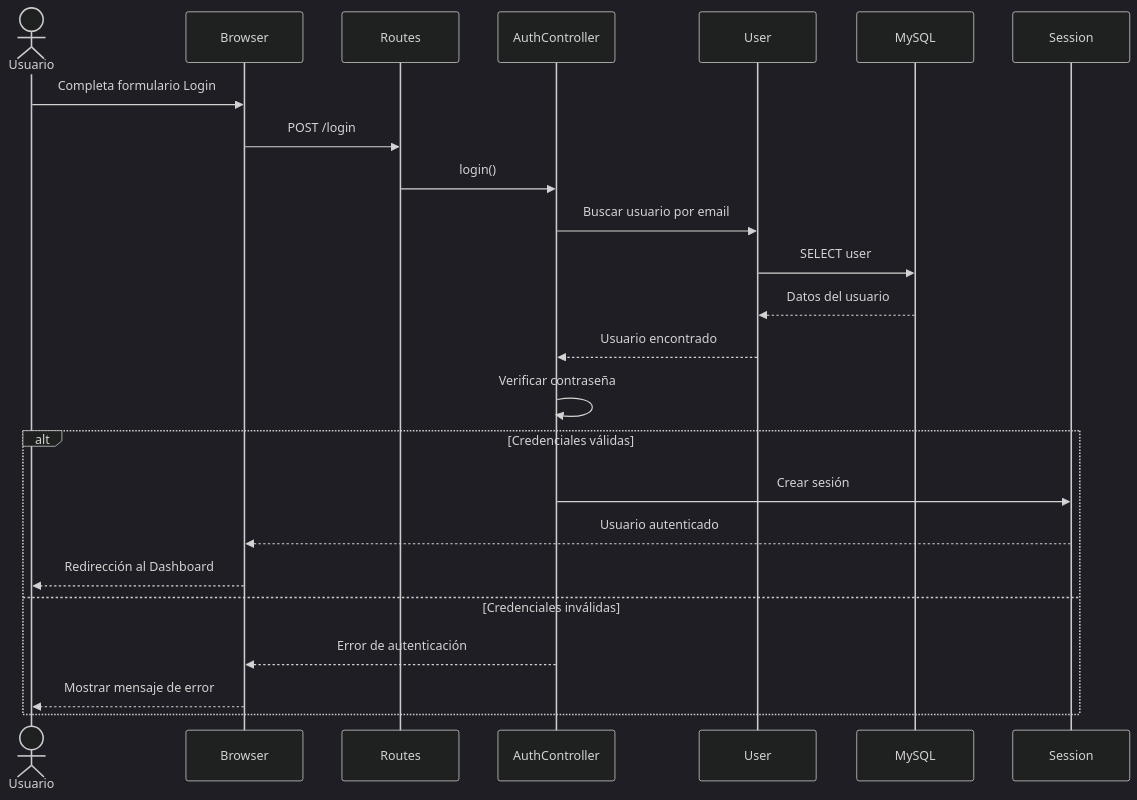
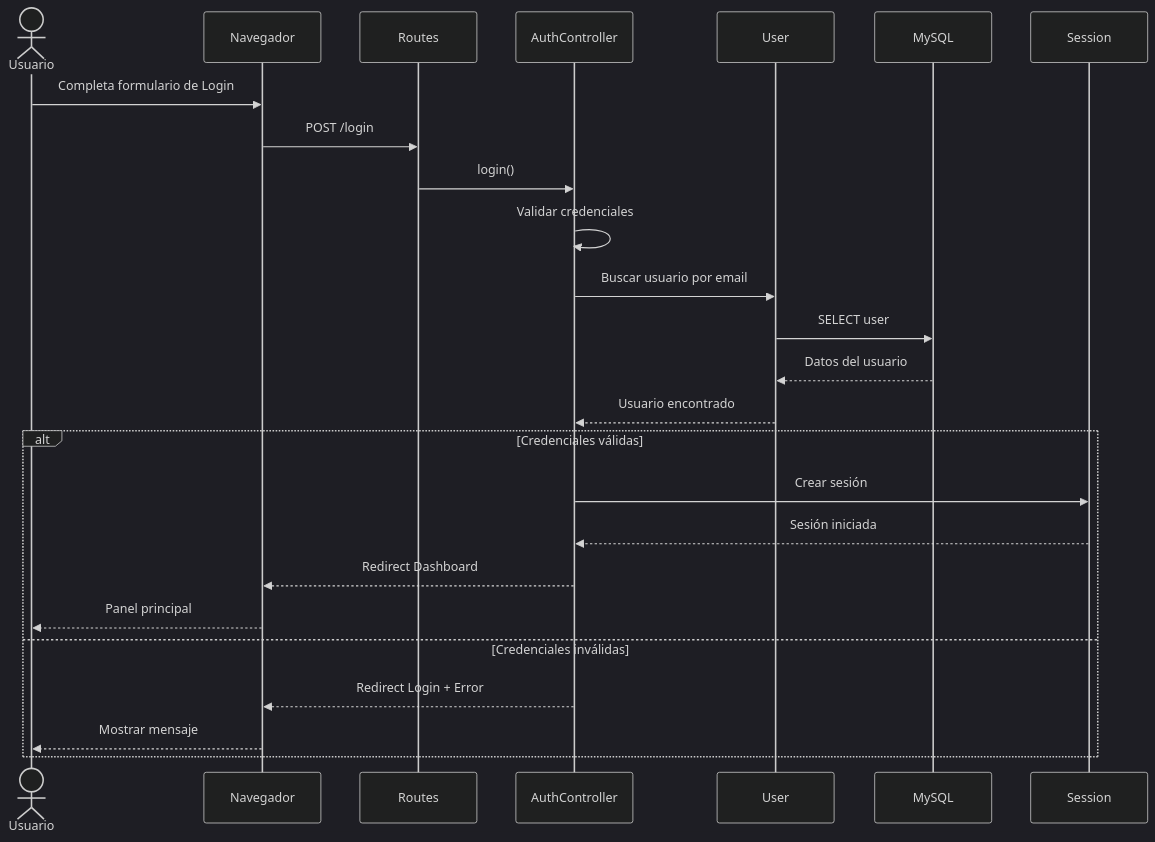
One commit to facusoster/FinalProdWebLaravel changed the diagram in docs/diagramas/22_UML_SecuenciaLogin.md. Above: the diagram before and after it, drawn with Mermaid (dark theme). The commit also changed other lines of this file and 25 other files, not shown here.

Commit message:
Actualizo documentación completa: diagramas, requisitos, arquitectura, UML y setup

````diff
--- a/docs/diagramas/22_UML_SecuenciaLogin.md
+++ b/docs/diagramas/22_UML_SecuenciaLogin.md
@@ -20,44 +22,46 @@
 ```mermaid
 sequenceDiagram
 
 actor Usuario
 
-participant Browser
+participant Navegador
 participant Routes
 participant AuthController
 participant User
 participant MySQL
 participant Session
 
-Usuario->>Browser: Completa formulario Login
+Usuario->>Navegador: Completa formulario de Login
 
-Browser->>Routes: POST /login
+Navegador->>Routes: POST /login
 
 Routes->>AuthController: login()
+
+AuthController->>AuthController: Validar credenciales
 
 AuthController->>User: Buscar usuario por email
 
 User->>MySQL: SELECT user
 
 MySQL-->>User: Datos del usuario
 
 User-->>AuthController: Usuario encontrado
 
-AuthController->>AuthController: Verificar contraseña
-
 alt Credenciales válidas
 
-AuthController->>Session: Crear sesión
+    AuthController->>Session: Crear sesión
 
-Session-->>Browser: Usuario autenticado
+    Session-->>AuthController: Sesión iniciada
 
-Browser-->>Usuario: Redirección al Dashboard
+    AuthController-->>Navegador: Redirect Dashboard
+
+    Navegador-->>Usuario: Panel principal
 
 else Credenciales inválidas
 
-AuthController-->>Browser: Error de autenticación
+    AuthController-->>Navegador: Redirect Login + Error
 
-Browser-->>Usuario: Mostrar mensaje de error
+    Navegador-->>Usuario: Mostrar mensaje
 
 end
 ```
````
